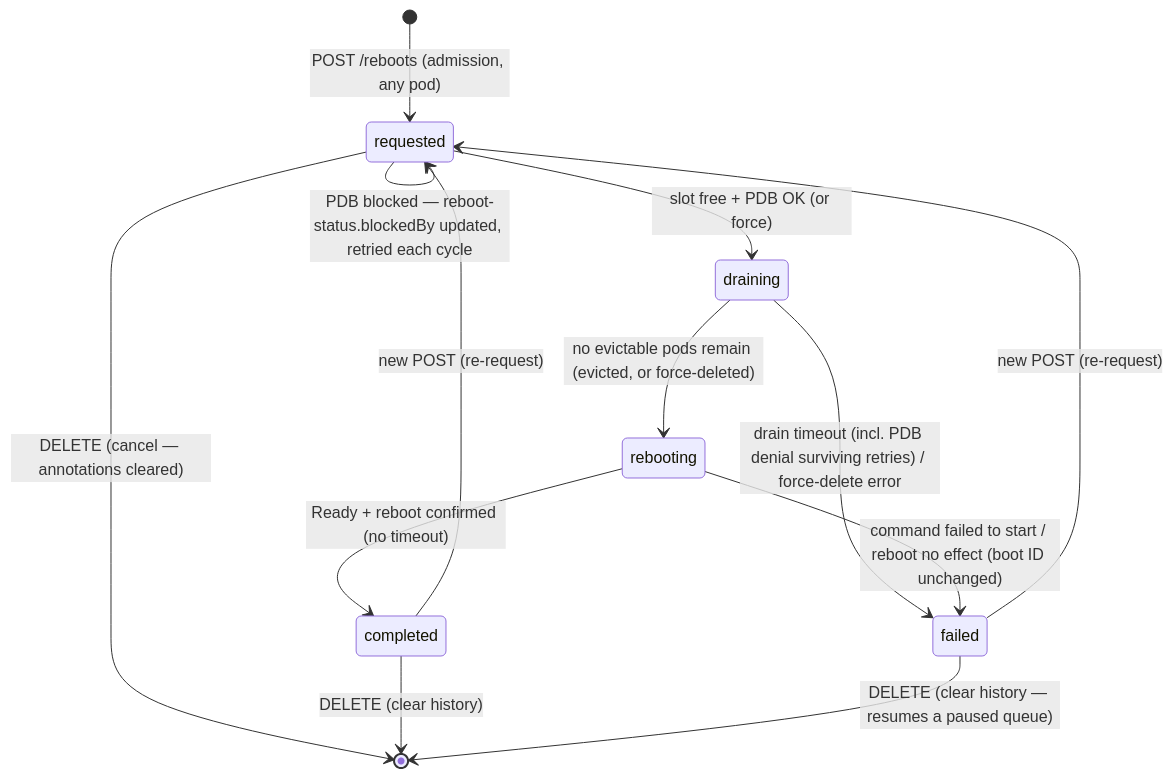
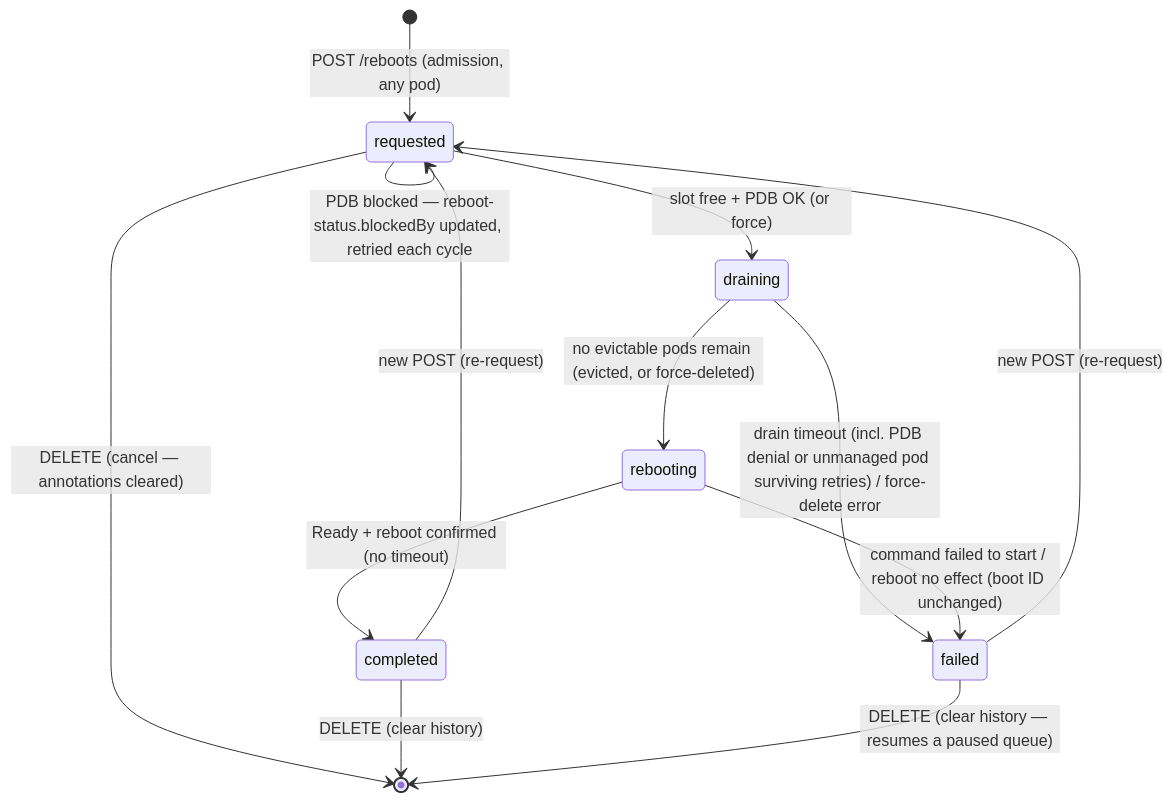
The diagram in PLAN.md (simplek8s/simplek8s-controller), drawn with Mermaid before and after one commit. The commit also changed other lines of this file, not shown here.

````diff
--- a/PLAN.md
+++ b/PLAN.md
@@ -328,15 +353,15 @@
 ```mermaid
 stateDiagram-v2
     [*] --> requested: POST /reboots (admission, any pod)
     requested --> requested: PDB blocked — reboot-status.blockedBy updated, retried each cycle
     requested --> draining: slot free + PDB OK (or force)
     requested --> [*]: DELETE (cancel — annotations cleared)
     draining --> rebooting: no evictable pods remain (evicted, or force-deleted)
-    draining --> failed: drain timeout (incl. PDB denial surviving retries) / force-delete error
+    draining --> failed: drain timeout (incl. PDB denial or unmanaged pod surviving retries) / force-delete error
     rebooting --> failed: command failed to start / reboot no effect (boot ID unchanged)
     rebooting --> completed: Ready + reboot confirmed (no timeout)
     completed --> [*]: DELETE (clear history)
     failed --> [*]: DELETE (clear history — resumes a paused queue)
     completed --> requested: new POST (re-request)
     failed --> requested: new POST (re-request)
 ```
````
